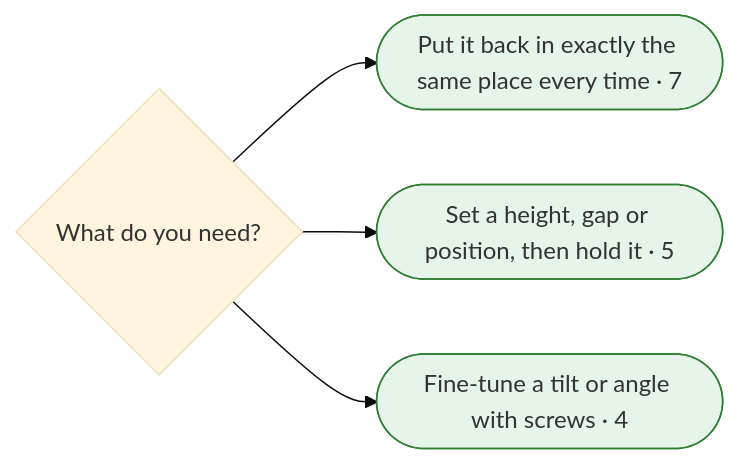
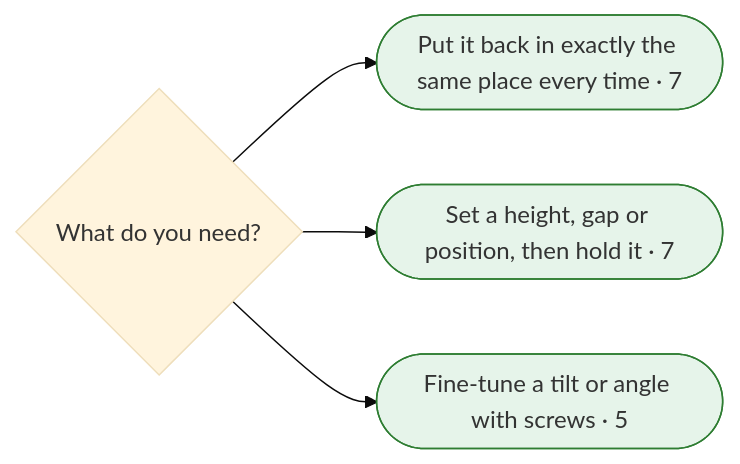
The eighth of 11 diagrams in research/finder-test/mermaid.md (smileymcfrown/EncyclopediaOfConnections), drawn with Mermaid (base theme) before and after one commit. The commit also changed other lines of this file and 420 other files, not shown here.

````diff
--- a/research/finder-test/mermaid.md
+++ b/research/finder-test/mermaid.md
@@ -805,15 +808,15 @@
 ```mermaid
 flowchart LR
-  q290{"What do you need?"}
-  a291(["Put it back in exactly the same place every time · 7"])
-  q290 --> a291
-  class a291 leaf
-  a292(["Set a height, gap or position, then hold it · 5"])
-  q290 --> a292
+  q291{"What do you need?"}
+  a292(["Put it back in exactly the same place every time · 7"])
+  q291 --> a292
   class a292 leaf
-  a293(["Fine-tune a tilt or angle with screws · 4"])
-  q290 --> a293
+  a293(["Set a height, gap or position, then hold it · 7"])
+  q291 --> a293
   class a293 leaf
+  a294(["Fine-tune a tilt or angle with screws · 5"])
+  q291 --> a294
+  class a294 leaf
   classDef leaf fill:#e6f4ea,stroke:#2e7d32
   classDef more fill:#fff4e5,stroke:#b26a00
 ```
````
